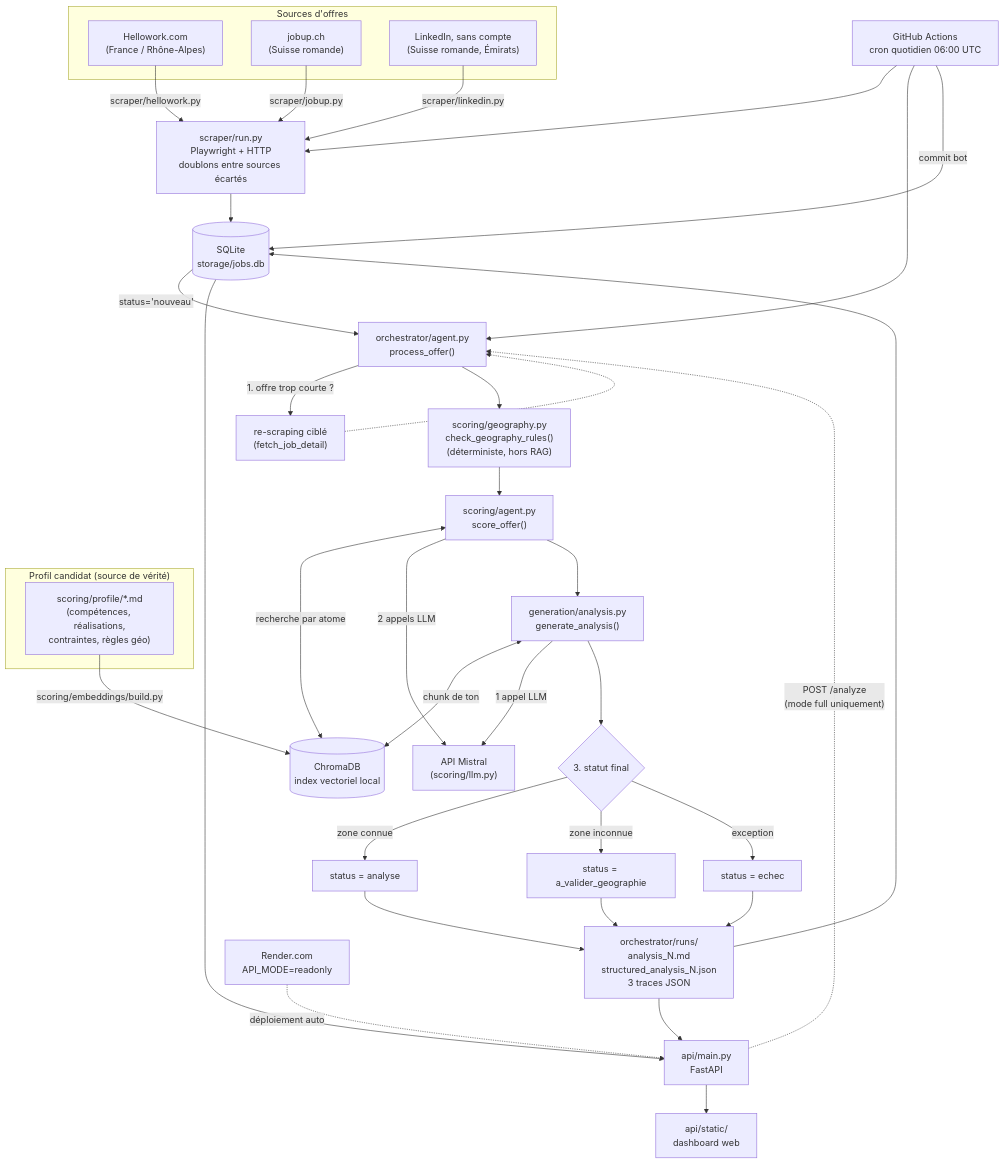
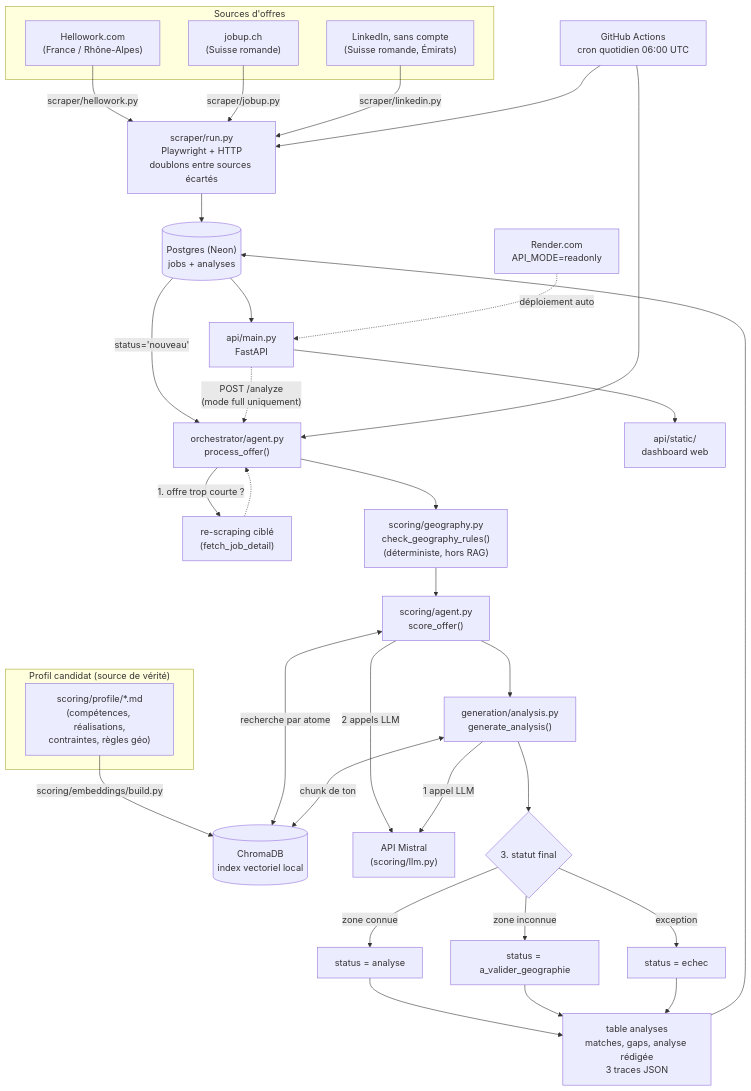
The diagram in DOCUMENTATION.md (Ayreon69/job-agent), drawn with Mermaid before and after one commit. The commit also changed other lines of this file and 2 other files, not shown here.

First line of the commit message:
docs: session 20, passage à Postgres et procédure de bascule

````diff
--- a/DOCUMENTATION.md
+++ b/DOCUMENTATION.md
@@ -57,53 +57,51 @@
 ```mermaid
 flowchart TD
     subgraph Sources["Sources d'offres"]
         HW["Hellowork.com<br/>(France / Rhône-Alpes)"]
         JU["jobup.ch<br/>(Suisse romande)"]
         LI["LinkedIn, sans compte<br/>(Suisse romande, Émirats)"]
     end
 
     HW -->|scraper/hellowork.py| SCR
     JU -->|scraper/jobup.py| SCR
     LI -->|scraper/linkedin.py| SCR
-    SCR["scraper/run.py<br/>Playwright + HTTP<br/>doublons entre sources écartés"] --> DB[("SQLite<br/>storage/jobs.db")]
+    SCR["scraper/run.py<br/>Playwright + HTTP<br/>doublons entre sources écartés"] --> DB[("Postgres (Neon)<br/>jobs + analyses")]
 
     subgraph Profil["Profil candidat (source de vérité)"]
         MD["scoring/profile/*.md<br/>(compétences, réalisations,<br/>contraintes, règles géo)"]
     end
     MD -->|scoring/embeddings/build.py| CHROMA[("ChromaDB<br/>index vectoriel local")]
 
     DB -->|"status='nouveau'"| ORCH["orchestrator/agent.py<br/>process_offer()"]
 
     ORCH -->|"1. offre trop courte ?"| RESCRAPE["re-scraping ciblé<br/>(fetch_job_detail)"]
     RESCRAPE -.-> ORCH
 
     ORCH --> GEO["scoring/geography.py<br/>check_geography_rules()<br/>(déterministe, hors RAG)"]
     GEO --> SCORE["scoring/agent.py<br/>score_offer()"]
     SCORE <-->|"recherche par atome"| CHROMA
     SCORE -->|"2 appels LLM"| MISTRAL["API Mistral<br/>(scoring/llm.py)"]
 
     SCORE --> GEN["generation/analysis.py<br/>generate_analysis()"]
     GEN <-->|"chunk de ton"| CHROMA
     GEN -->|"1 appel LLM"| MISTRAL
 
     GEN --> STATUS{"3. statut final"}
     STATUS -->|zone connue| ANALYSE["status = analyse"]
     STATUS -->|zone inconnue| VALID["status = a_valider_geographie"]
     STATUS -->|exception| ECHEC["status = echec"]
 
-    ANALYSE --> OUT["orchestrator/runs/<br/>analysis_N.md<br/>structured_analysis_N.json<br/>3 traces JSON"]
+    ANALYSE --> OUT["table analyses<br/>matches, gaps, analyse rédigée<br/>3 traces JSON"]
     VALID --> OUT
     ECHEC --> OUT
     OUT --> DB
 
     DB --> API["api/main.py<br/>FastAPI"]
-    OUT --> API
     API --> DASH["api/static/<br/>dashboard web"]
     API -.->|"POST /analyze<br/>(mode full uniquement)"| ORCH
 
     CRON["GitHub Actions<br/>cron quotidien 06:00 UTC"] --> SCR
     CRON --> ORCH
-    CRON -->|"commit bot"| DB
 
     RENDER["Render.com<br/>API_MODE=readonly"] -.->|déploiement auto| API
 ```
````
